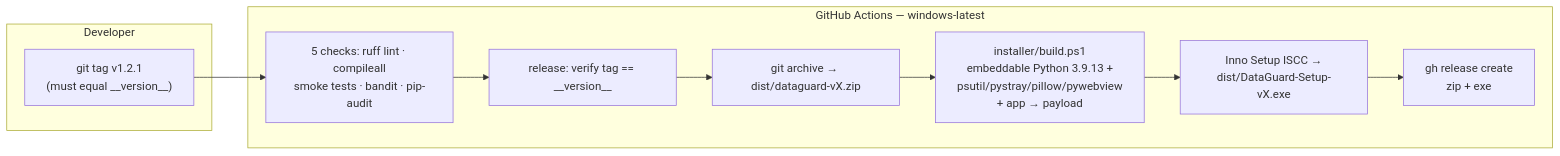
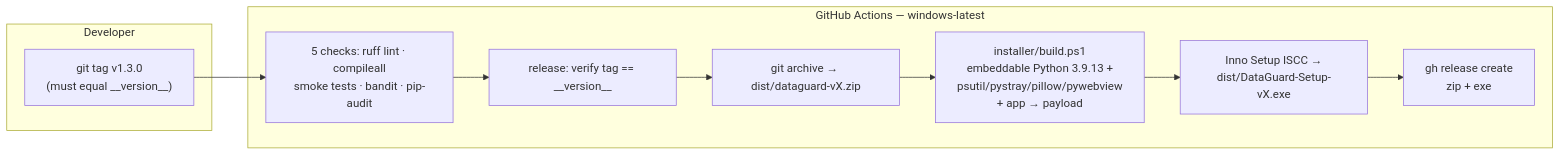
One commit to yassine808/network-tracker changed the seventh of 7 diagrams in README.md. Above: the diagram before and after it, drawn with Mermaid. The commit also changed other lines of this file, not shown here.

Commit message:
docs: bump the README to 1.3.0 so it matches __version__

````diff
--- a/README.md
+++ b/README.md
@@ -476,17 +476,17 @@
 ```mermaid
 flowchart LR
     subgraph DEV["Developer"]
-        T["git tag v1.2.1<br/>(must equal __version__)"]
+        T["git tag v1.3.0<br/>(must equal __version__)"]
     end
 
     subgraph CI["GitHub Actions — windows-latest"]
         C1["5 checks: ruff lint · compileall<br/>smoke tests · bandit · pip-audit"]
         C2["release: verify tag == __version__"]
         C3["git archive → dist/dataguard-vX.zip"]
         C4["installer/build.ps1<br/>embeddable Python 3.9.13 +<br/>psutil/pystray/pillow/pywebview<br/>+ app → payload"]
         C5["Inno Setup ISCC →<br/>dist/DataGuard-Setup-vX.exe"]
         C6["gh release create<br/>zip + exe"]
     end
 
     T --> C1 --> C2 --> C3 --> C4 --> C5 --> C6
 ```
````
